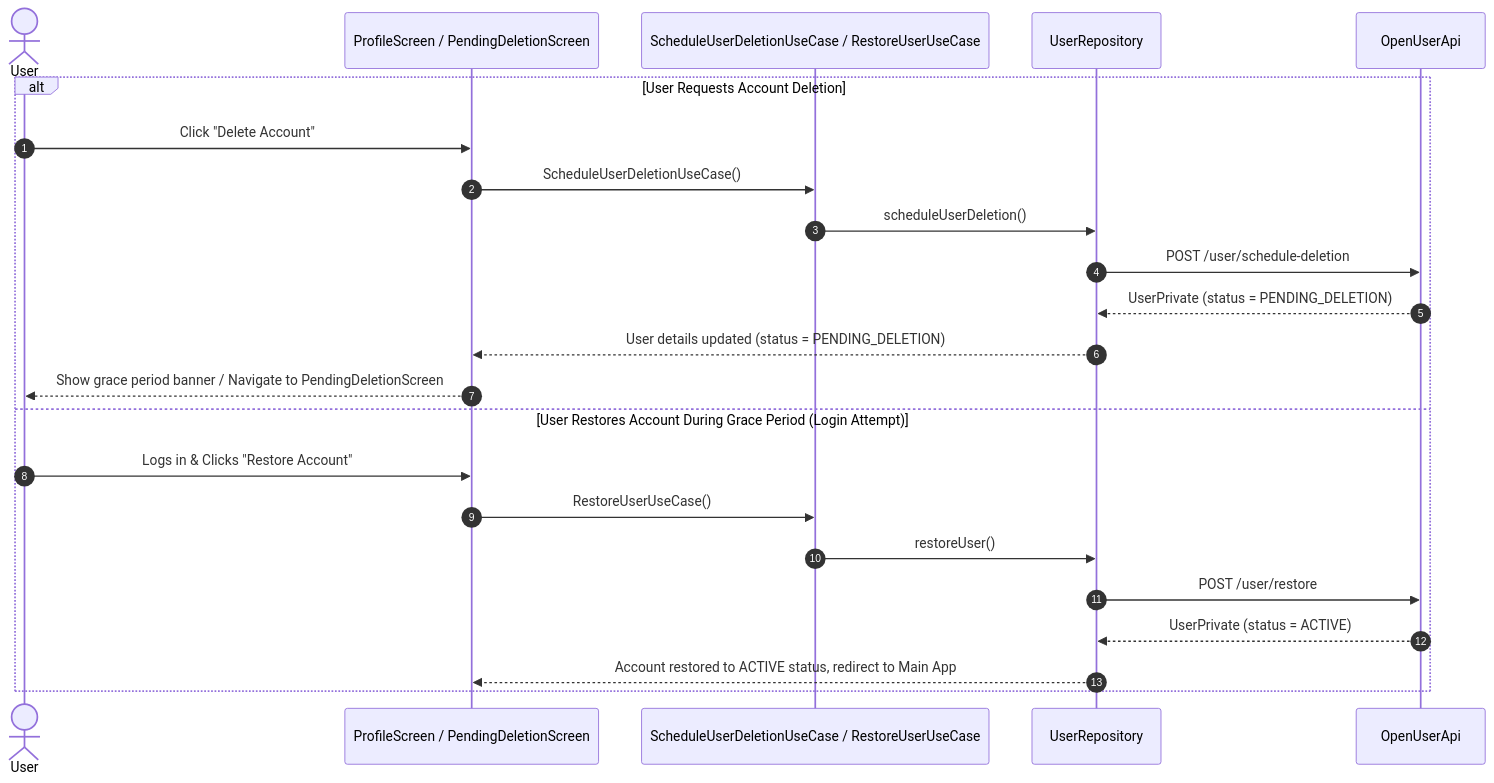
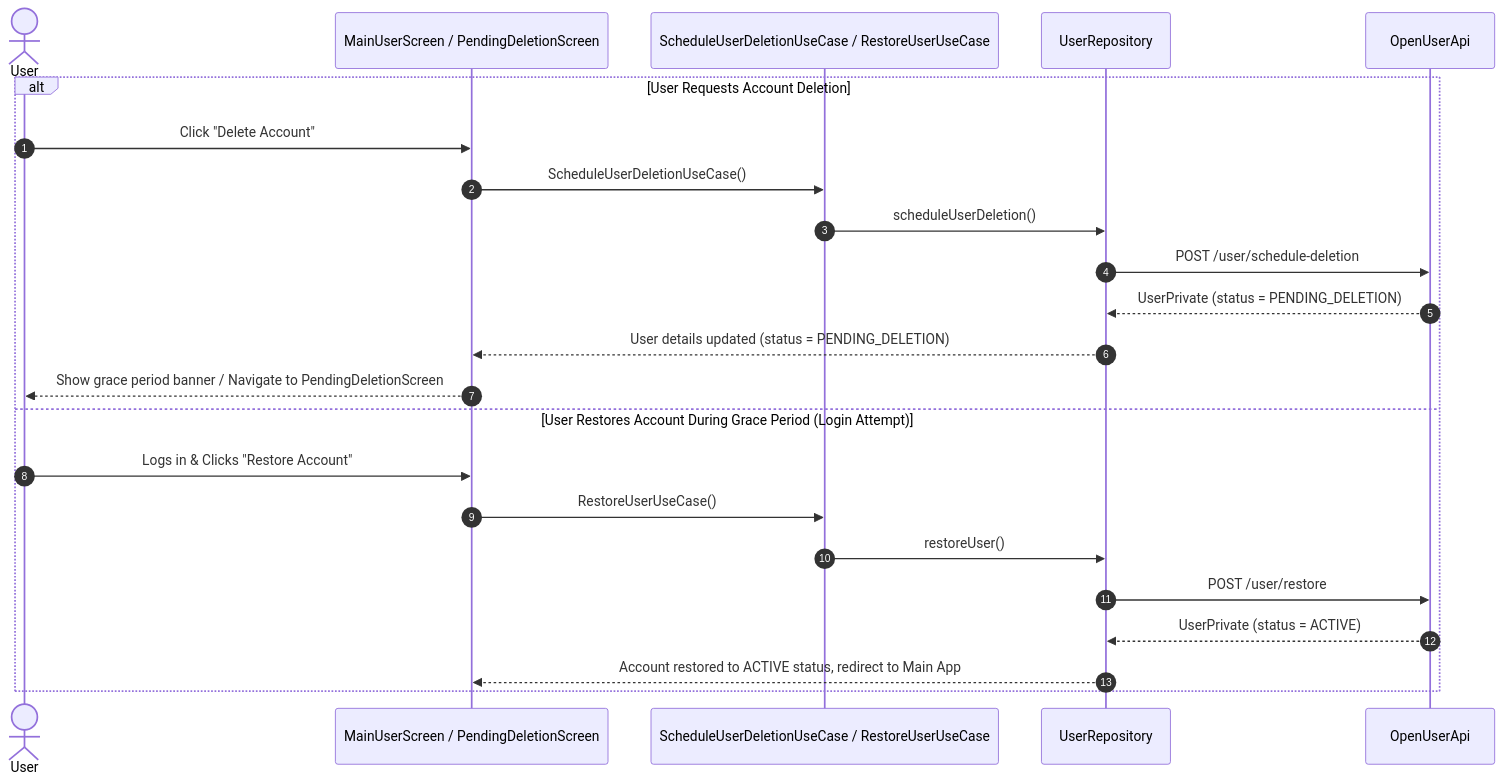
The third of 3 diagrams in docs/architecture/flows/account_management_flows.md (mudrichenkoevgeny/web-platform-sdk), drawn with Mermaid before and after one commit. The commit also changed other lines of this file and 65 other files, not shown here.

````diff
--- a/docs/architecture/flows/account_management_flows.md
+++ b/docs/architecture/flows/account_management_flows.md
@@ -90,26 +90,26 @@
 ```mermaid
 sequenceDiagram
     autonumber
     actor User
-    participant UI as ProfileScreen / PendingDeletionScreen
+    participant UI as MainUserScreen / PendingDeletionScreen
     participant UC as ScheduleUserDeletionUseCase / RestoreUserUseCase
     participant Repo as UserRepository
     participant API as OpenUserApi
 
     alt User Requests Account Deletion
         User->>UI: Click "Delete Account"
         UI->>UC: ScheduleUserDeletionUseCase()
         UC->>Repo: scheduleUserDeletion()
         Repo->>API: POST /user/schedule-deletion
         API-->>Repo: UserPrivate (status = PENDING_DELETION)
         Repo-->>UI: User details updated (status = PENDING_DELETION)
         UI-->>User: Show grace period banner / Navigate to PendingDeletionScreen
     else User Restores Account During Grace Period (Login Attempt)
         User->>UI: Logs in & Clicks "Restore Account"
         UI->>UC: RestoreUserUseCase()
         UC->>Repo: restoreUser()
         Repo->>API: POST /user/restore
         API-->>Repo: UserPrivate (status = ACTIVE)
         Repo-->>UI: Account restored to ACTIVE status, redirect to Main App
     end
 ```
````
